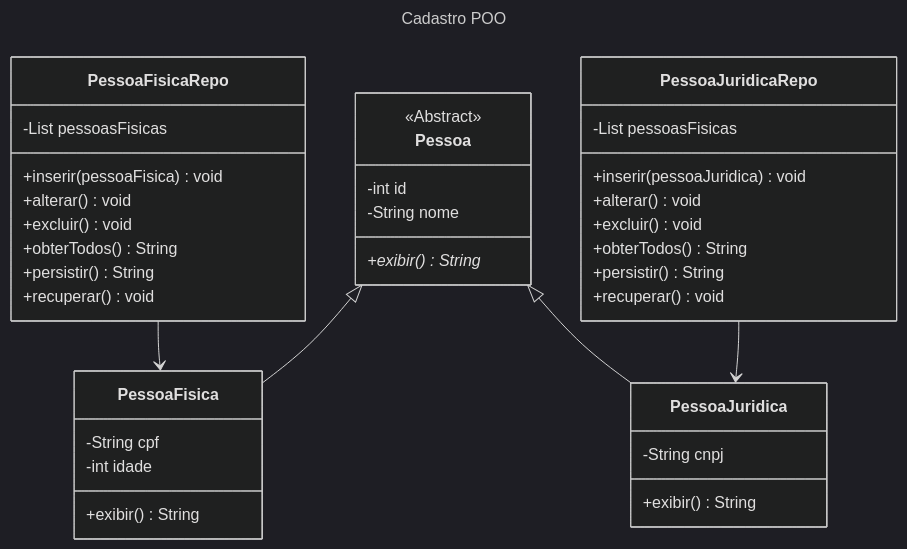
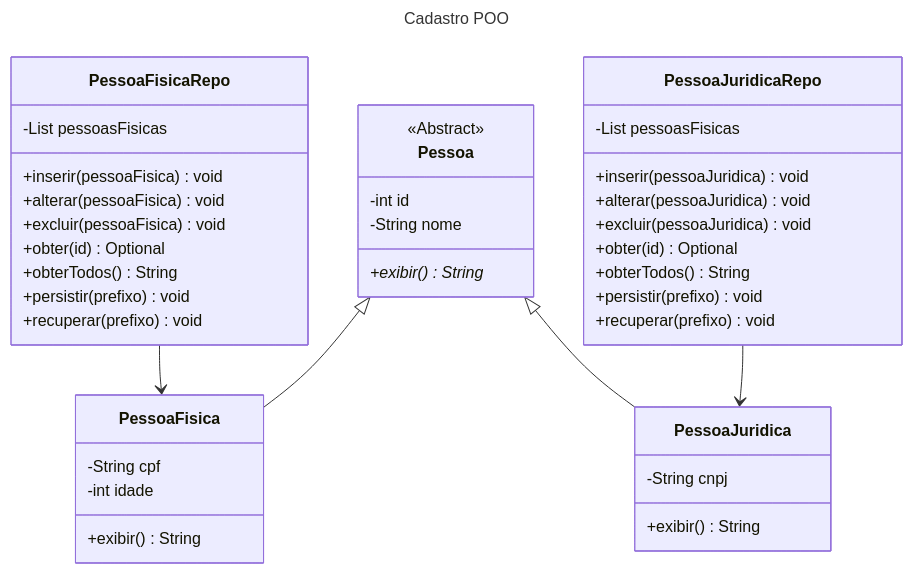
Before and after one commit to luizmarinhojr/cadastro-poo: the diagram in README.md, drawn with Mermaid.

````diff
--- a/README.md
+++ b/README.md
@@ -15,50 +15,49 @@
 ```mermaid
 ---
 title: Cadastro POO
-config:
-    theme: dark
 ---
 
 classDiagram
     direction TB
     class Pessoa
     class PessoaFisica
     class PessoaJuridica
     class PessoaFisicaRepo
     class PessoaJuridicaRepo
-
+    
     PessoaFisicaRepo --> PessoaFisica
     PessoaJuridicaRepo --> PessoaJuridica
     Pessoa <|-- PessoaFisica
     Pessoa <|-- PessoaJuridica
     
-
+    
     <<Abstract>> Pessoa
     Pessoa : -int id
     Pessoa : -String nome
     Pessoa : +exibir()* String
-
+    
     PessoaFisica : -String cpf
     PessoaFisica : -int idade
     PessoaFisica : +exibir() String
-
+    
     PessoaJuridica : -String cnpj
     PessoaJuridica : +exibir() String
-
+    
     PessoaFisicaRepo : -List<PessoaFisica> pessoasFisicas
     PessoaFisicaRepo : +inserir(pessoaFisica) void
-    PessoaFisicaRepo : +alterar() void
-    PessoaFisicaRepo : +excluir() void
+    PessoaFisicaRepo : +alterar(pessoaFisica) void
+    PessoaFisicaRepo : +excluir(pessoaFisica) void
+    PessoaFisicaRepo : +obter(id) Optional<PessoaJuridica>
     PessoaFisicaRepo : +obterTodos() String
-    PessoaFisicaRepo : +persistir() String
-    PessoaFisicaRepo : +recuperar() void
-
+    PessoaFisicaRepo : +persistir(prefixo) void
+    PessoaFisicaRepo : +recuperar(prefixo) void
+    
     PessoaJuridicaRepo : -List<PessoaJuridica> pessoasFisicas
     PessoaJuridicaRepo : +inserir(pessoaJuridica) void
-    PessoaJuridicaRepo : +alterar() void
-    PessoaJuridicaRepo : +excluir() void
+    PessoaJuridicaRepo : +alterar(pessoaJuridica) void
+    PessoaJuridicaRepo : +excluir(pessoaJuridica) void
+    PessoaJuridicaRepo : +obter(id) Optional<PessoaJuridica>
     PessoaJuridicaRepo : +obterTodos() String
-    PessoaJuridicaRepo : +persistir() String
-    PessoaJuridicaRepo : +recuperar() void
-    
+    PessoaJuridicaRepo : +persistir(prefixo) void
+    PessoaJuridicaRepo : +recuperar(prefixo) void
 ```
````
